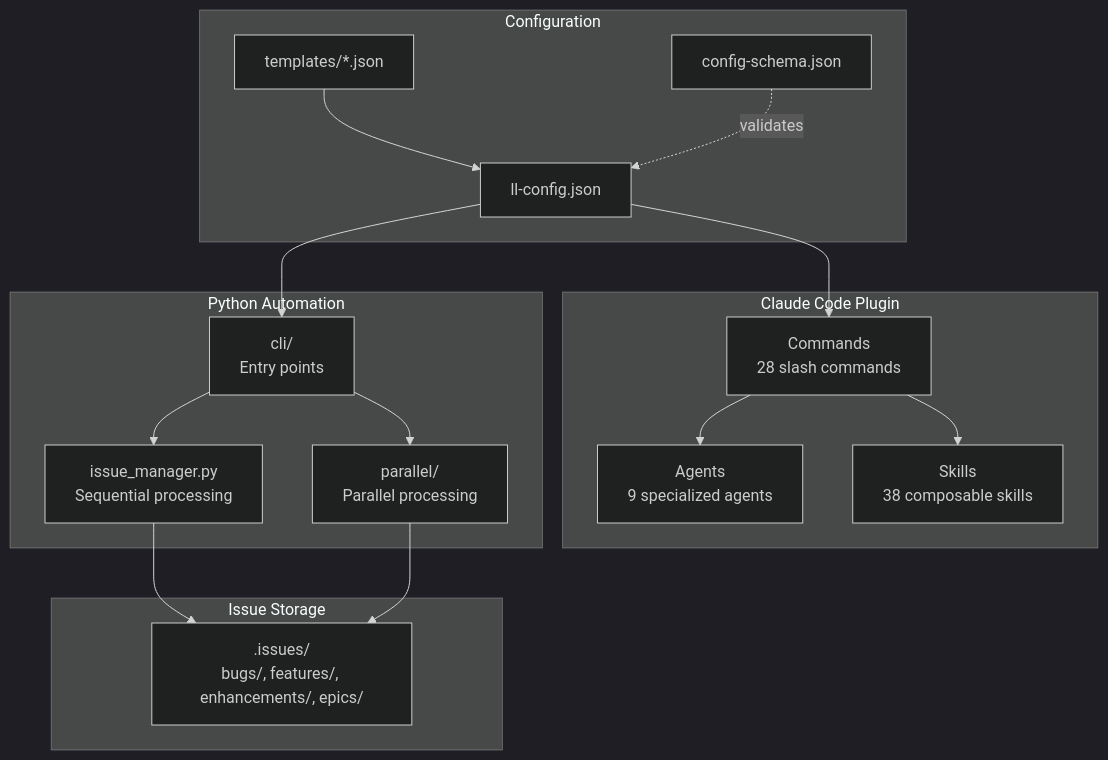
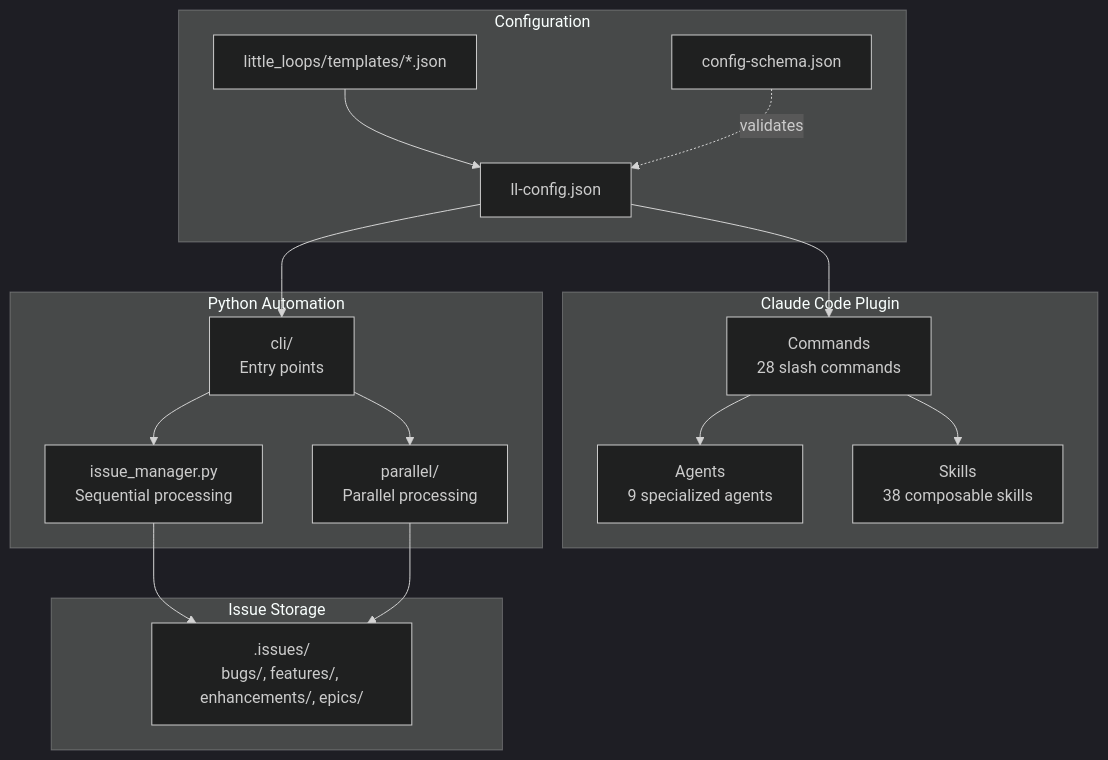
The first of 16 diagrams in docs/ARCHITECTURE.md (BrennonTWilliams/little-loops), drawn with Mermaid (dark theme) before and after one commit. The commit also changed other lines of this file and 62 other files, not shown here.

````diff
--- a/docs/ARCHITECTURE.md
+++ b/docs/ARCHITECTURE.md
@@ -21,35 +21,35 @@
 ```mermaid
 flowchart TB
     subgraph "Claude Code Plugin"
         CMD[Commands<br/>28 slash commands]
         AGT[Agents<br/>9 specialized agents]
         SKL[Skills<br/>38 composable skills]
     end
 
     subgraph "Configuration"
         CFG[ll-config.json]
         SCHEMA[config-schema.json]
-        TPL[templates/*.json]
+        TPL[little_loops/templates/*.json]
     end
 
     subgraph "Python Automation"
         CLI[cli/<br/>Entry points]
         AUTO[issue_manager.py<br/>Sequential processing]
         PARALLEL[parallel/<br/>Parallel processing]
     end
 
     subgraph "Issue Storage"
         ISSUES[.issues/<br/>bugs/, features/, enhancements/, epics/]
     end
 
     CFG --> CMD
     TPL --> CFG
     SCHEMA -.->|validates| CFG
     CFG --> CLI
     CMD --> AGT
     CMD --> SKL
     CLI --> AUTO
     CLI --> PARALLEL
     AUTO --> ISSUES
     PARALLEL --> ISSUES
 ```
````
